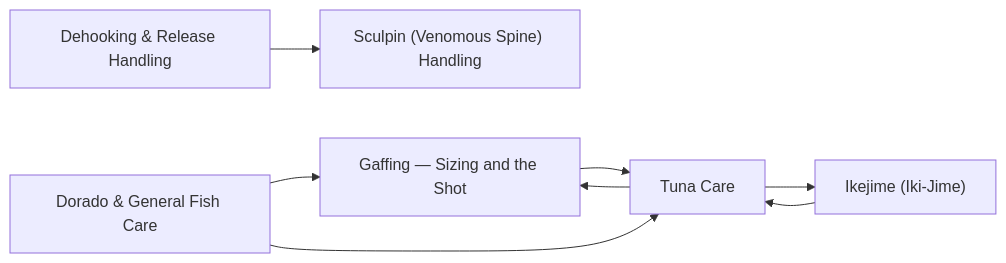
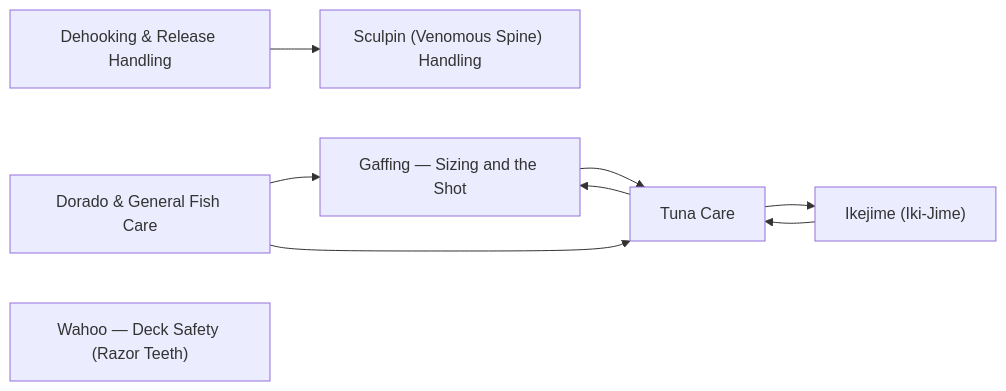
The diagram in fish-care/README.md (camchuckpete-max/Socal-Fishing-Knowledge), drawn with Mermaid before and after one commit. The commit also changed other lines of this file and 10 other files, not shown here.

````diff
--- a/fish-care/README.md
+++ b/fish-care/README.md
@@ -19,16 +20,17 @@
 ```mermaid
 graph LR
   n0["Dehooking & Release Handling"]
   n1["Dorado & General Fish Care"]
   n2["Gaffing — Sizing and the Shot"]
   n3["Ikejime (Iki-Jime)"]
   n4["Sculpin (Venomous Spine) Handling"]
   n5["Tuna Care"]
+  n6["Wahoo — Deck Safety (Razor Teeth)"]
   n0 --> n4
   n1 --> n2
   n1 --> n5
   n2 --> n5
   n3 --> n5
   n5 --> n2
   n5 --> n3
 ```
````
